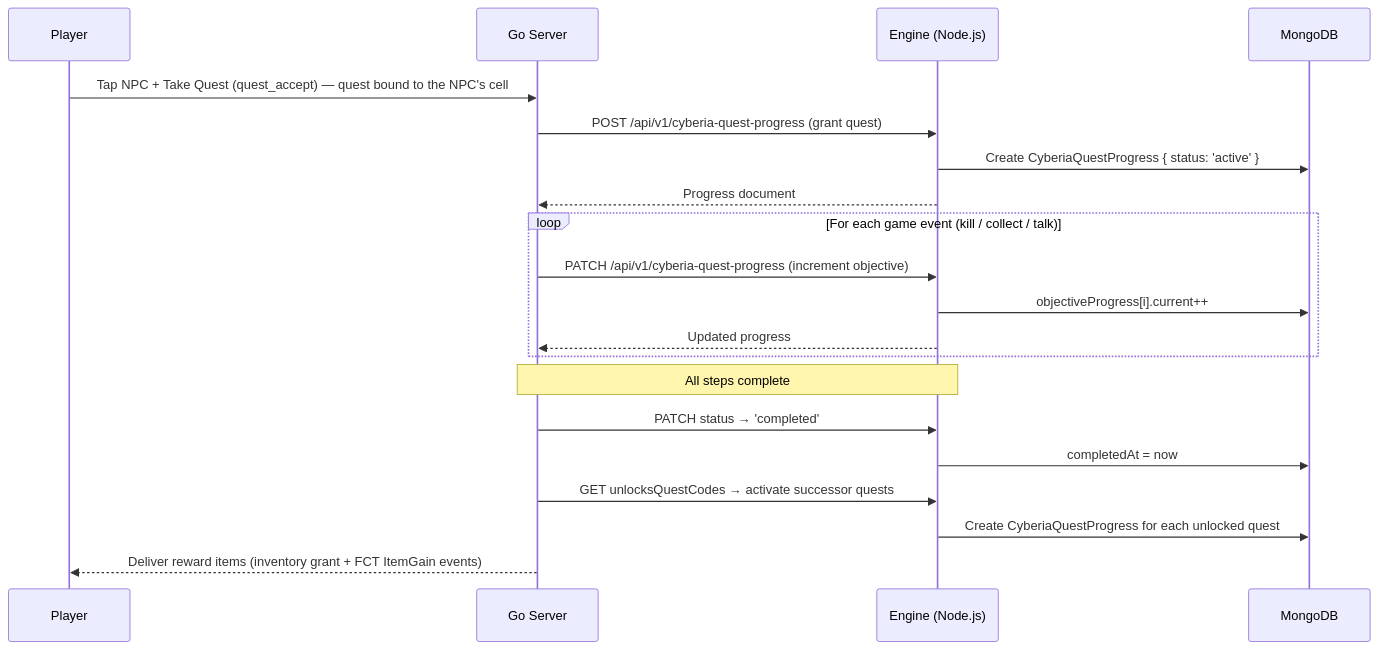
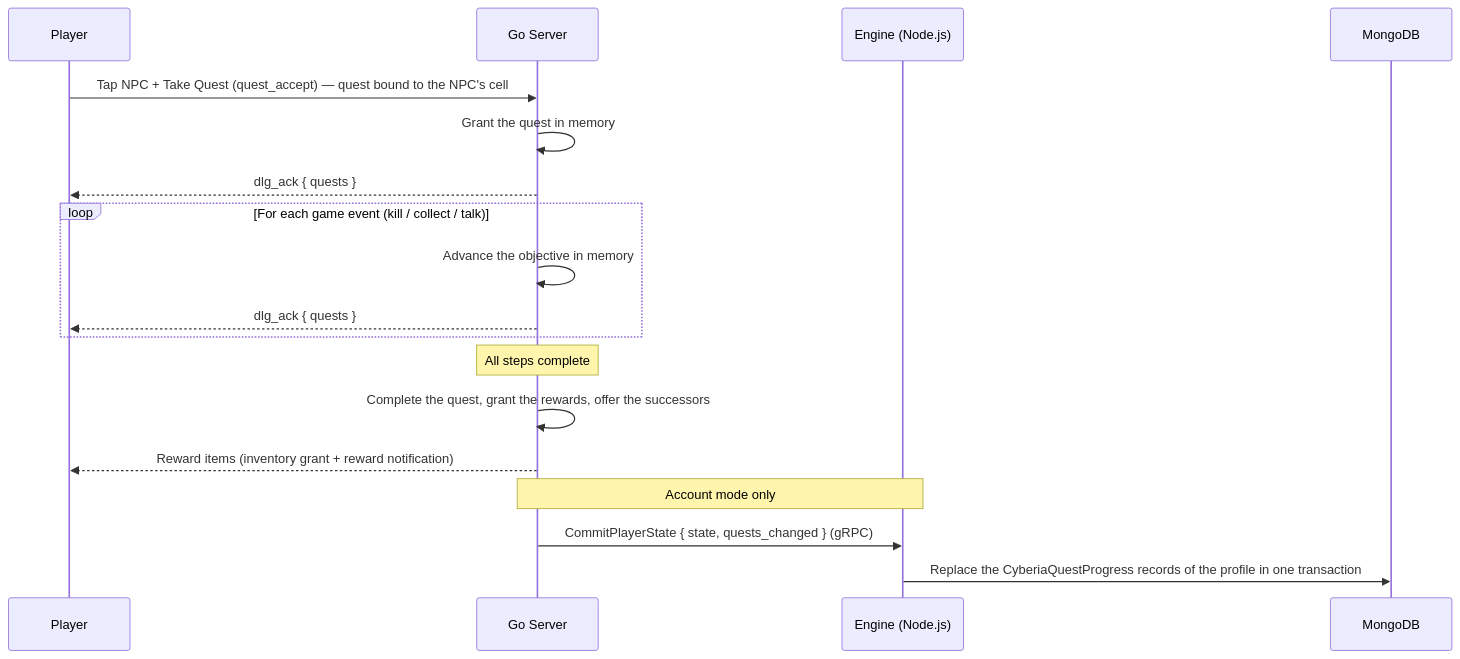
One commit to underpostnet/engine changed the second of 2 diagrams in src/client/public/docs/cyberia/explanation/quest-system.md. Above: the diagram before and after it, drawn with Mermaid. The commit also changed other lines of this file and 18 other files, not shown here.

````diff
--- a/src/client/public/docs/cyberia/explanation/quest-system.md
+++ b/src/client/public/docs/cyberia/explanation/quest-system.md
@@ -115,25 +115,24 @@
 ```mermaid
 sequenceDiagram
     participant P as Player
     participant G as Go Server
     participant E as Engine (Node.js)
     participant DB as MongoDB
 
     P->>G: Tap NPC + Take Quest (quest_accept) — quest bound to the NPC's cell
-    G->>E: POST /api/v1/cyberia-quest-progress (grant quest)
-    E->>DB: Create CyberiaQuestProgress { status: 'active' }
-    E-->>G: Progress document
+    G->>G: Grant the quest in memory
+    G-->>P: dlg_ack { quests }
 
     loop For each game event (kill / collect / talk)
-        G->>E: PATCH /api/v1/cyberia-quest-progress (increment objective)
-        E->>DB: objectiveProgress[i].current++
-        E-->>G: Updated progress
+        G->>G: Advance the objective in memory
+        G-->>P: dlg_ack { quests }
     end
 
-    Note over G,E: All steps complete
-    G->>E: PATCH status → 'completed'
-    E->>DB: completedAt = now
-    G->>E: GET unlocksQuestCodes → activate successor quests
-    E->>DB: Create CyberiaQuestProgress for each unlocked quest
-    G-->>P: Deliver reward items (inventory grant + FCT ItemGain events)
+    Note over G: All steps complete
+    G->>G: Complete the quest, grant the rewards, offer the successors
+    G-->>P: Reward items (inventory grant + reward notification)
+
+    Note over G,E: Account mode only
+    G->>E: CommitPlayerState { state, quests_changed } (gRPC)
+    E->>DB: Replace the CyberiaQuestProgress records of the profile in one transaction
 ```
````
